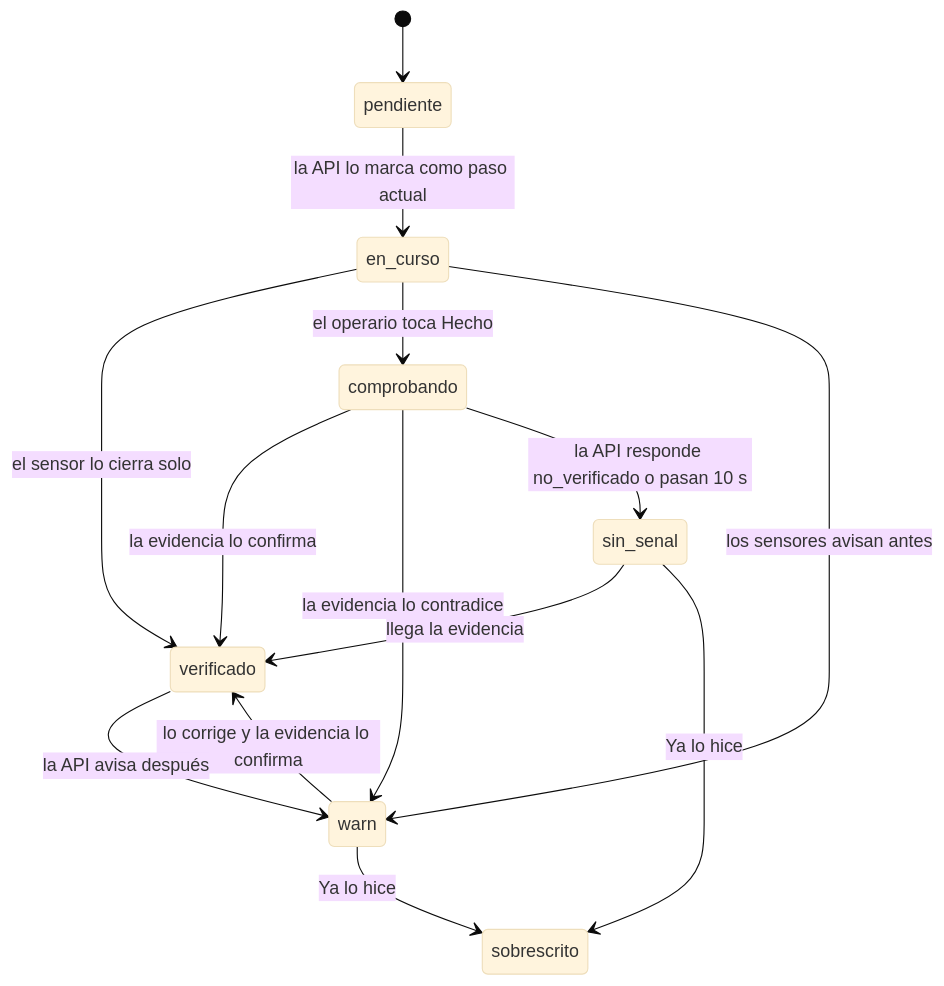
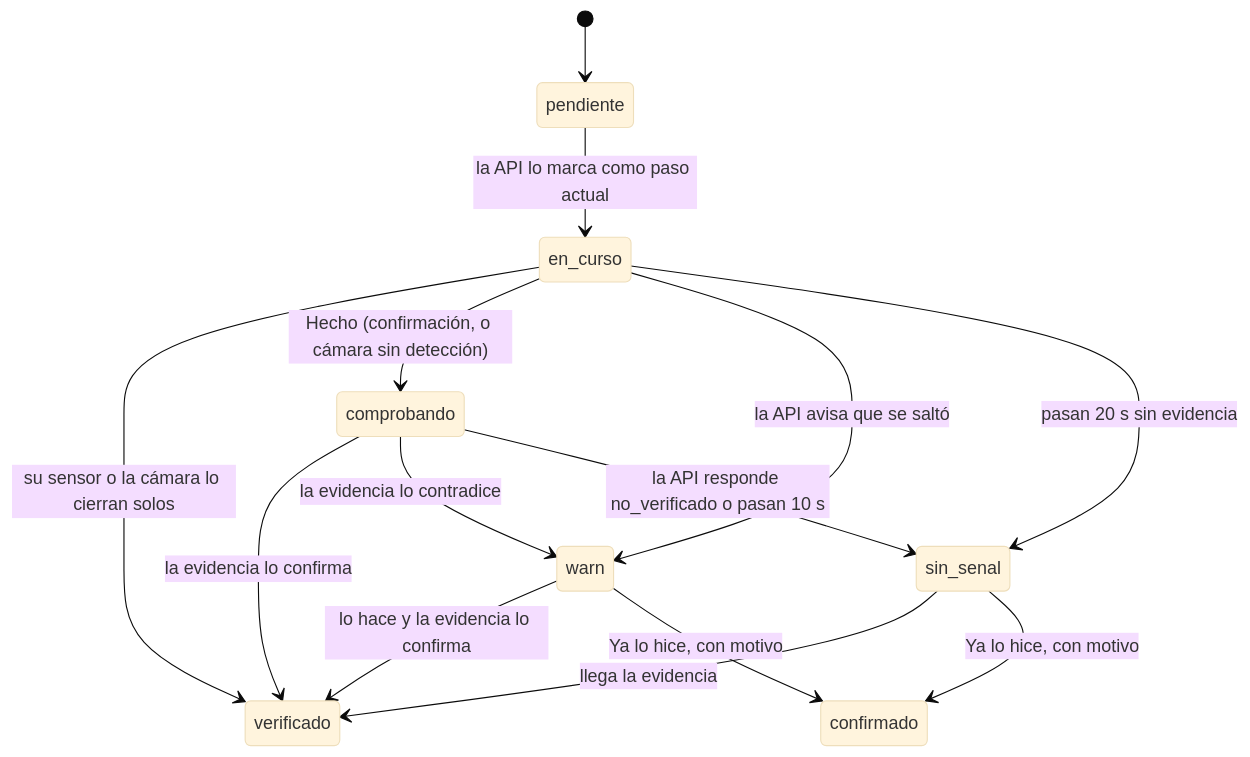
One commit to platanus-hack/platanus-hack-26-cl-team-10 changed the diagram in knowledge/architecture/FRONTEND.md. Above: the diagram before and after it, drawn with Mermaid (base theme). The commit also changed other lines of this file, not shown here.

First line of the commit message:
docs(front): the operator acts only when the API warns; confirm by a person

````diff
--- a/knowledge/architecture/FRONTEND.md
+++ b/knowledge/architecture/FRONTEND.md
@@ -167,16 +173,16 @@
 ```mermaid
 stateDiagram-v2
   [*] --> pendiente
   pendiente --> en_curso: la API lo marca como paso actual
-  en_curso --> verificado: el sensor lo cierra solo
-  en_curso --> comprobando: el operario toca Hecho
-  en_curso --> warn: los sensores avisan antes
+  en_curso --> verificado: su sensor o la cámara lo cierran solos
+  en_curso --> comprobando: Hecho (confirmación, o cámara sin detección)
+  en_curso --> warn: la API avisa que se saltó
+  en_curso --> sin_senal: pasan 20 s sin evidencia
   comprobando --> verificado: la evidencia lo confirma
   comprobando --> warn: la evidencia lo contradice
   comprobando --> sin_senal: la API responde no_verificado o pasan 10 s
   sin_senal --> verificado: llega la evidencia
-  sin_senal --> sobrescrito: Ya lo hice
-  warn --> verificado: lo corrige y la evidencia lo confirma
-  warn --> sobrescrito: Ya lo hice
-  verificado --> warn: la API avisa después
+  sin_senal --> confirmado: Ya lo hice, con motivo
+  warn --> verificado: lo hace y la evidencia lo confirma
+  warn --> confirmado: Ya lo hice, con motivo
 ```
````
